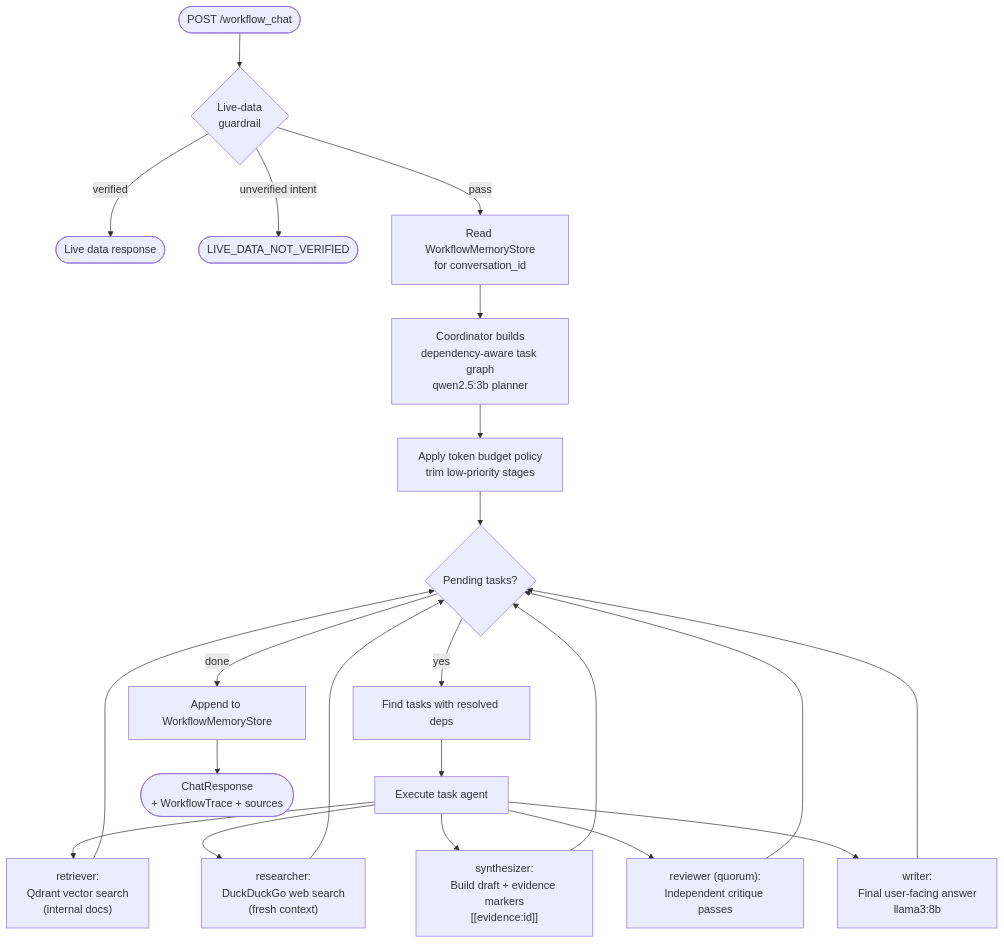
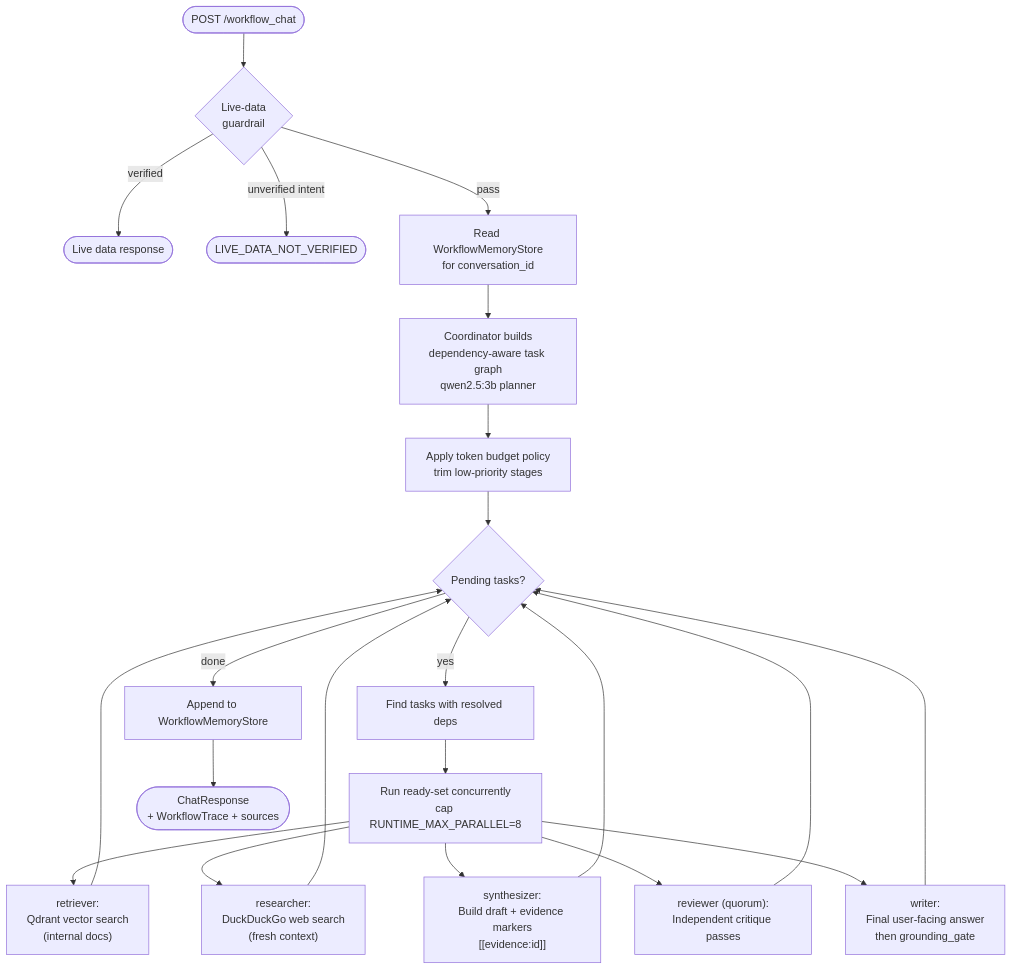
Before and after one commit to sreeram843/personal-ai: the fifth of 12 diagrams in docs/architecture.md, drawn with Mermaid. The commit also changed other lines of this file and 134 other files, not shown here.

````diff
--- a/docs/architecture.md
+++ b/docs/architecture.md
@@ -228,26 +235,26 @@
 ```mermaid
 flowchart TD
     Start([POST /workflow_chat]) --> LiveGate{Live-data\nguardrail}
     LiveGate -- verified --> LiveResp([Live data response])
     LiveGate -- unverified intent --> GuardResp([LIVE_DATA_NOT_VERIFIED])
     LiveGate -- pass --> Memory[Read WorkflowMemoryStore\nfor conversation_id]
     Memory --> Plan[Coordinator builds\ndependency-aware task graph\nqwen2.5:3b planner]
     Plan --> Budget[Apply token budget policy\ntrim low-priority stages]
     Budget --> Loop{Pending tasks?}
     Loop -- yes --> Ready[Find tasks with resolved deps]
-    Ready --> RunTask[Execute task agent]
+    Ready --> RunWave[Run ready-set concurrently\ncap RUNTIME_MAX_PARALLEL=8]
 
-    RunTask --> Retriever["retriever:\nQdrant vector search\n(internal docs)"]
-    RunTask --> Researcher["researcher:\nDuckDuckGo web search\n(fresh context)"]
-    RunTask --> Synthesizer["synthesizer:\nBuild draft + evidence markers\n[[evidence:id]]"]
-    RunTask --> Reviewer["reviewer (quorum):\nIndependent critique passes"]
-    RunTask --> Writer["writer:\nFinal user-facing answer\nllama3:8b"]
+    RunWave --> Retriever["retriever:\nQdrant vector search\n(internal docs)"]
+    RunWave --> Researcher["researcher:\nDuckDuckGo web search\n(fresh context)"]
+    RunWave --> Synthesizer["synthesizer:\nBuild draft + evidence markers\n[[evidence:id]]"]
+    RunWave --> Reviewer["reviewer (quorum):\nIndependent critique passes"]
+    RunWave --> Writer["writer:\nFinal user-facing answer\nthen grounding_gate"]
 
     Retriever --> Loop
     Researcher --> Loop
     Synthesizer --> Loop
     Reviewer --> Loop
     Writer --> Loop
     Loop -- done --> WriteMemory[Append to WorkflowMemoryStore]
     WriteMemory --> Respond([ChatResponse\n+ WorkflowTrace + sources])
 ```
````
